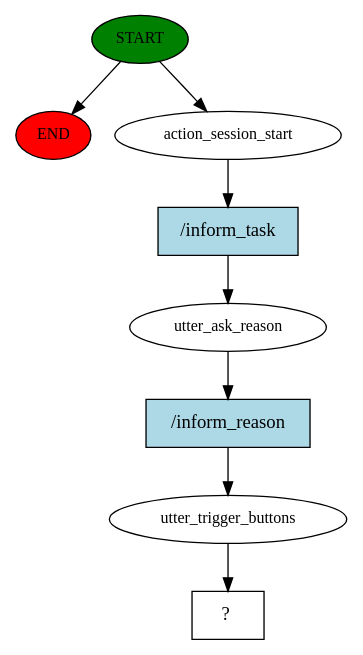
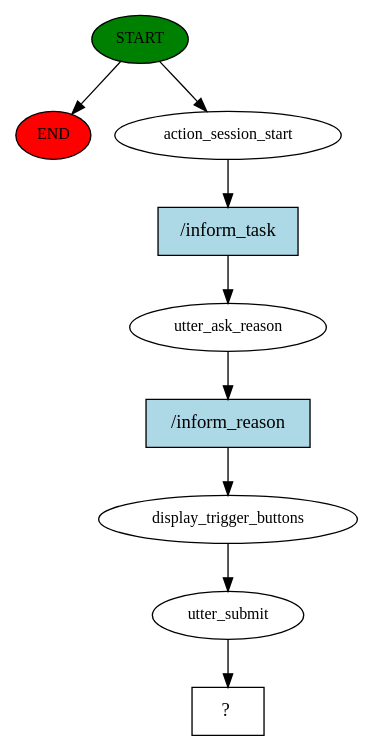
The diagram in story_graph.dot (pawel22222/project-test), drawn with Graphviz before and after one commit. The commit also changed 5 other files, not shown here.

Commit message:
fix: class DisplayTriggerButtons

```diff
--- a/story_graph.dot
+++ b/story_graph.dot
@@ -1,17 +1,19 @@
 digraph  {
 0 [class="start active", fillcolor=green, fontsize=12, label=START, style=filled];
 "-1" [class=end, fillcolor=red, fontsize=12, label=END, style=filled];
 1 [class=active, fontsize=12, label=action_session_start];
 2 [class=active, fontsize=12, label=utter_ask_reason];
-3 [class=active, fontsize=12, label=utter_trigger_buttons];
-4 [class="intent dashed active", label="  ?  ", shape=rect];
-5 [class="intent active", fillcolor=lightblue, label="/inform_task", shape=rect, style=filled];
-6 [class="intent active", fillcolor=lightblue, label="/inform_reason", shape=rect, style=filled];
+3 [class=active, fontsize=12, label=display_trigger_buttons];
+4 [class=active, fontsize=12, label=utter_submit];
+5 [class="intent dashed active", label="  ?  ", shape=rect];
+6 [class="intent active", fillcolor=lightblue, label="/inform_task", shape=rect, style=filled];
+7 [class="intent active", fillcolor=lightblue, label="/inform_reason", shape=rect, style=filled];
 0 -> "-1"  [class="", key=NONE, label=""];
 0 -> 1  [class=active, key=NONE, label=""];
-1 -> 5  [class=active, key=0];
-2 -> 6  [class=active, key=0];
+1 -> 6  [class=active, key=0];
+2 -> 7  [class=active, key=0];
 3 -> 4  [class=active, key=NONE, label=""];
-5 -> 2  [class=active, key=0];
-6 -> 3  [class=active, key=0];
+4 -> 5  [class=active, key=NONE, label=""];
+6 -> 2  [class=active, key=0];
+7 -> 3  [class=active, key=0];
 }
```
